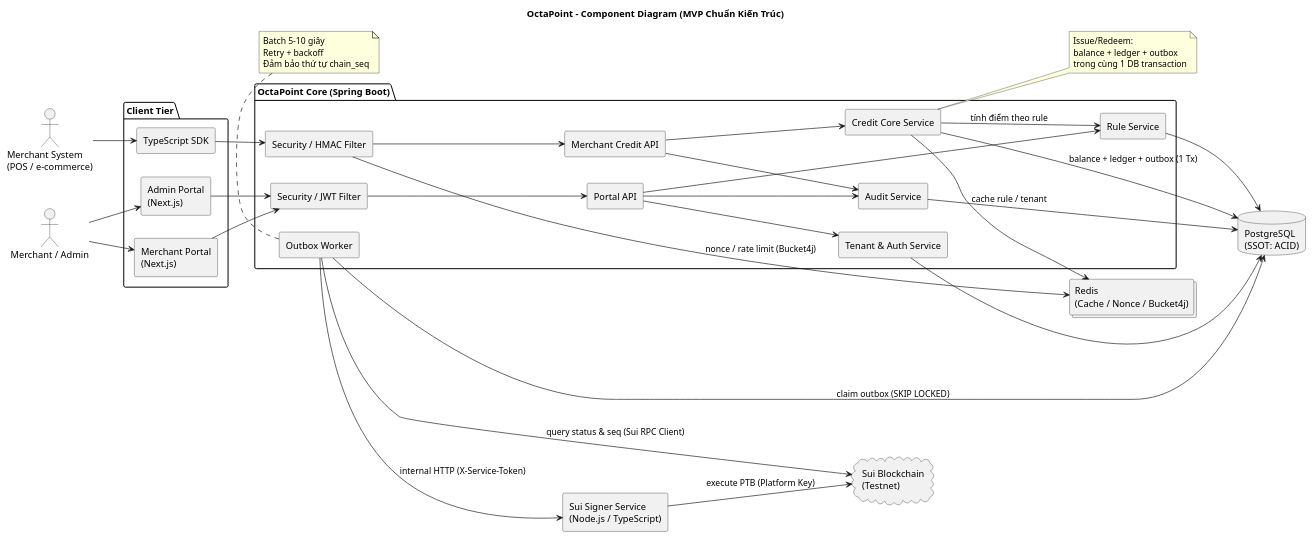
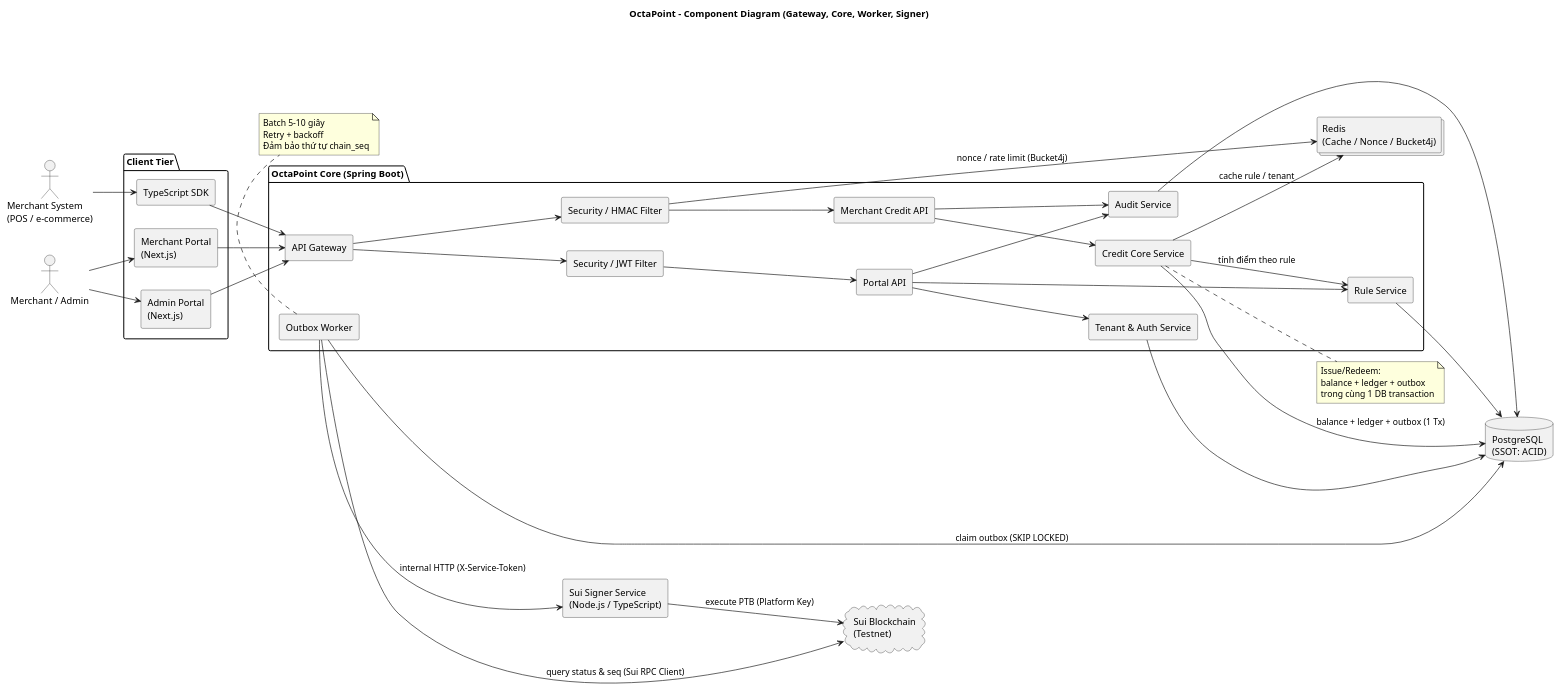
One commit to NhomJava1/LAP_TRINH_JAVA changed the diagram in docs/6.Component/component-v1.0.puml. Above: the diagram before and after it, drawn with PlantUML. The commit also changed 6 other files, not shown here.

Commit message:
SCRUM-116: align diagrams with MVP requirements

```diff
--- a/docs/6.Component/component-v1.0.puml
+++ b/docs/6.Component/component-v1.0.puml
@@ -1,85 +1,87 @@
 @startuml OctaPoint_Component
 left to right direction
 skinparam componentStyle rectangle
 skinparam shadowing false
 skinparam defaultFontName Arial
 
-title OctaPoint - Component Diagram (MVP Chuẩn Kiến Trúc)
+title OctaPoint - Component Diagram (Gateway, Core, Worker, Signer)
 
 actor "Merchant System\n(POS / e-commerce)" as Merchant
 actor "Merchant / Admin" as PortalUser
 cloud "Sui Blockchain\n(Testnet)" as Sui
 
 package "Client Tier" {
   component "Merchant Portal\n(Next.js)" as MerchantPortal
   component "Admin Portal\n(Next.js)" as AdminPortal
   component "TypeScript SDK" as SDK
 }
 
 package "OctaPoint Core (Spring Boot)" {
+  component "API Gateway" as Gateway
   component "Security / JWT Filter" as JwtFilter
   component "Security / HMAC Filter" as HmacFilter
   
   component "Portal API" as PortalApi
   component "Merchant Credit API" as CreditApi
   
   component "Tenant & Auth Service" as AuthService
   component "Credit Core Service" as CreditCore
   component "Rule Service" as RuleService
   component "Audit Service" as AuditService
   component "Outbox Worker" as OutboxWorker
 }
 
 database "PostgreSQL\n(SSOT: ACID)" as Postgres
 collections "Redis\n(Cache / Nonce / Bucket4j)" as Redis
 component "Sui Signer Service\n(Node.js / TypeScript)" as Signer
 
 ' Luồng tương tác Client -> Gateway
 PortalUser --> MerchantPortal
 PortalUser --> AdminPortal
 Merchant --> SDK
 
-MerchantPortal --> JwtFilter
-AdminPortal --> JwtFilter
+MerchantPortal --> Gateway
+AdminPortal --> Gateway
+SDK --> Gateway
+Gateway --> JwtFilter
+Gateway --> HmacFilter
 JwtFilter --> PortalApi
-
-SDK --> HmacFilter
 HmacFilter --> CreditApi
 
 ' Luồng xử lý Portal nội bộ
 PortalApi --> AuthService
 PortalApi --> RuleService
 PortalApi --> AuditService
 
 ' Luồng xử lý Credit Core nội bộ
 CreditApi --> CreditCore
 CreditApi --> AuditService
 CreditCore --> RuleService : tính điểm theo rule
 
 ' Tương tác Hạ tầng (Infrastructure)
 HmacFilter --> Redis : nonce / rate limit (Bucket4j)
 CreditCore --> Redis : cache rule / tenant
 CreditCore --> Postgres : balance + ledger + outbox (1 Tx)
 
 AuthService --> Postgres
 RuleService --> Postgres
 AuditService --> Postgres
 
 ' Settlement Pipeline
 OutboxWorker --> Postgres : claim outbox (SKIP LOCKED)
 OutboxWorker --> Signer : internal HTTP (X-Service-Token)
 Signer --> Sui : execute PTB (Platform Key)
 OutboxWorker --> Sui : query status & seq (Sui RPC Client)
 
 note right of CreditCore
   Issue/Redeem:
   balance + ledger + outbox
   trong cùng 1 DB transaction
 end note
 
 note bottom of OutboxWorker
   Batch 5-10 giây
   Retry + backoff
   Đảm bảo thứ tự chain_seq
 end note
 @enduml
```
